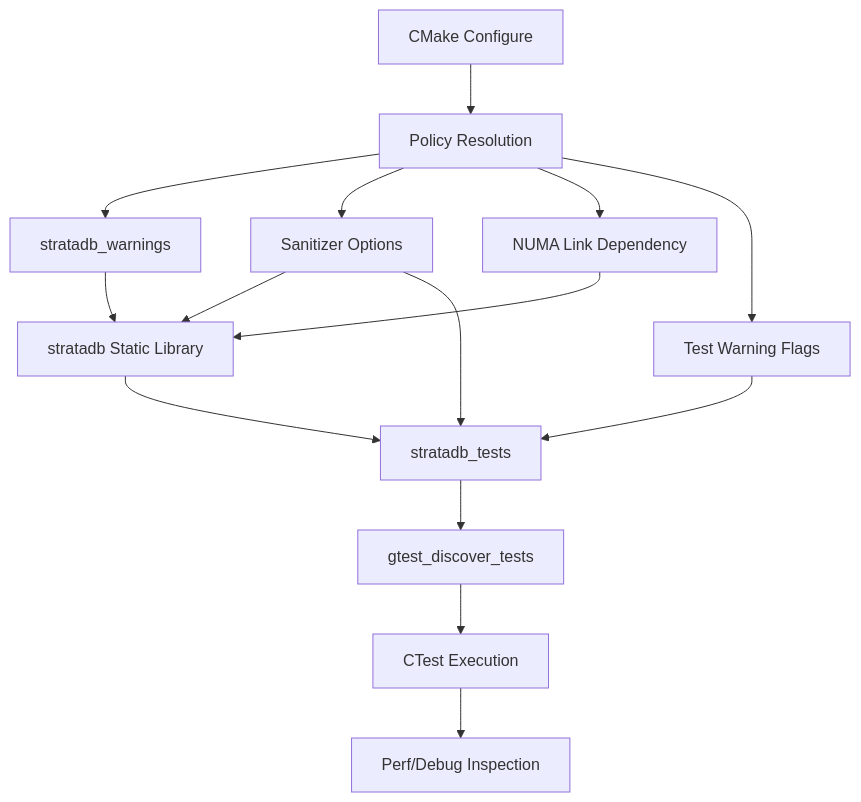
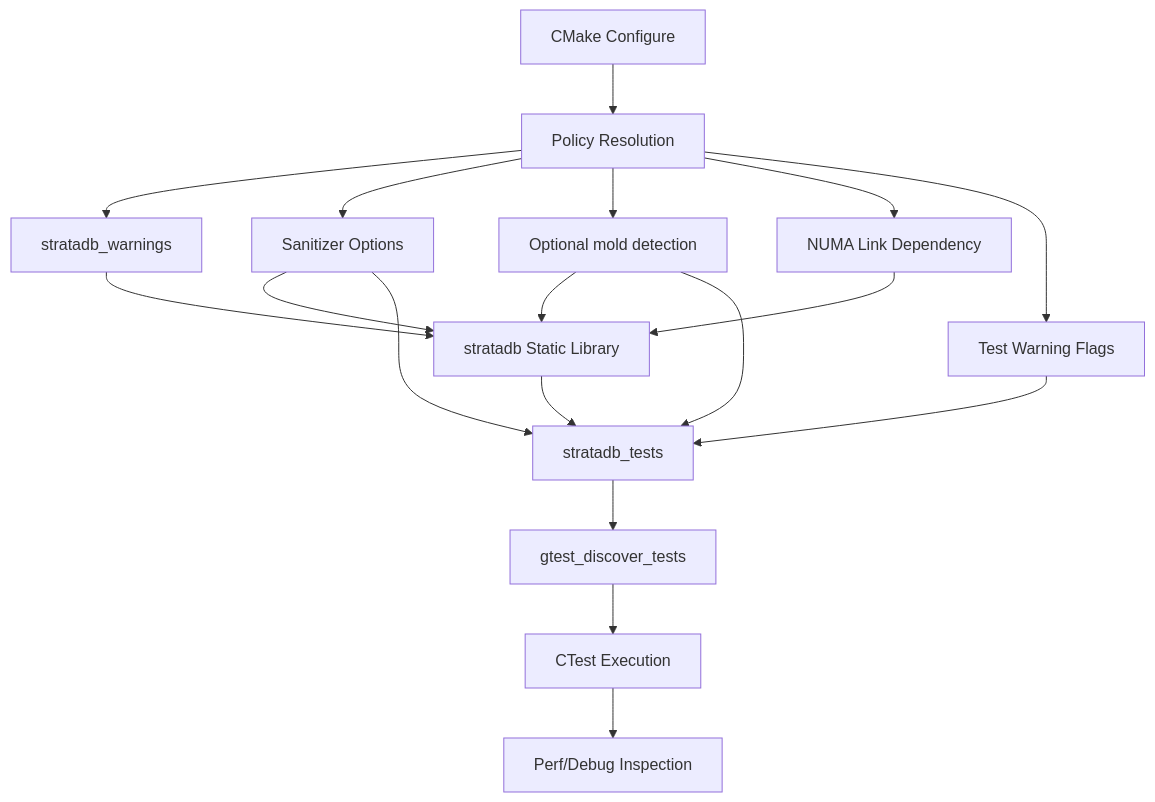
Before and after one commit to ankitkr-04/strata-db: the diagram in docs/architecture/00-build-and-toolchain.md, drawn with Mermaid. The commit also changed other lines of this file and 7 other files, not shown here.

First line of the commit message:
docs: update architecture documentation for SkipListMemTable and SkipListNode

````diff
--- a/docs/architecture/00-build-and-toolchain.md
+++ b/docs/architecture/00-build-and-toolchain.md
@@ -41,17 +43,20 @@
 ```mermaid
 graph TD
     A[CMake Configure] --> B[Policy Resolution]
     B --> C[stratadb_warnings]
     B --> D[Sanitizer Options]
+    B --> ML["Optional mold detection"]
     B --> N[NUMA Link Dependency]
     C --> E[stratadb Static Library]
+    ML --> E
     N --> E
     D --> E
     B --> TW[Test Warning Flags]
     TW --> F[stratadb_tests]
+    ML --> F
     D --> F
     E --> F
     F --> G[gtest_discover_tests]
     G --> H[CTest Execution]
     H --> I[Perf/Debug Inspection]
 ```
````
